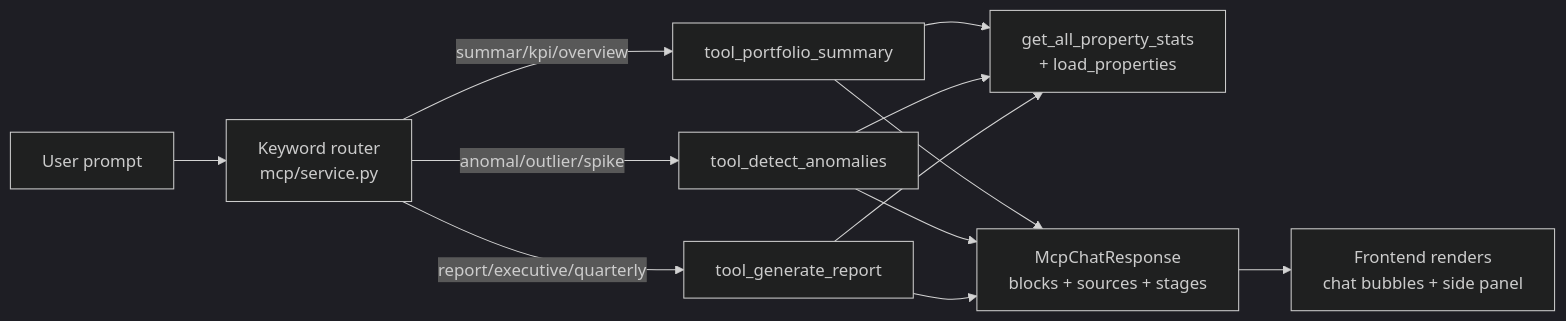
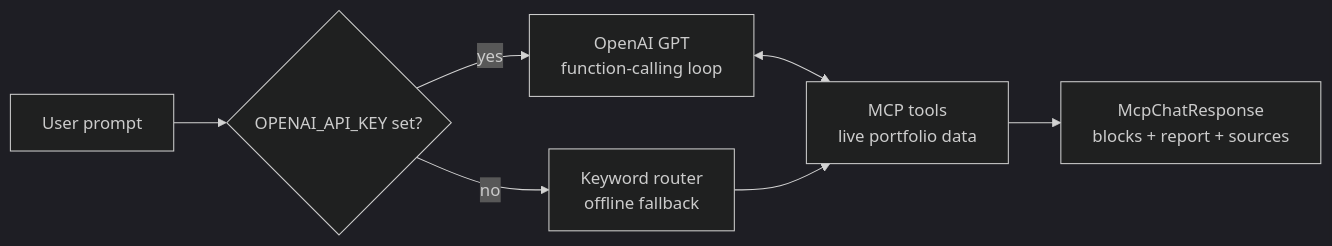
One commit to luisreindlmeier/techem changed the diagram in backend/app/mcp/README.md. Above: the diagram before and after it, drawn with Mermaid (dark theme). The commit also changed other lines of this file and 3 other files, not shown here.

Commit message:
docs: rewrite READMEs for Techem Horizon with MCP OpenAI flow

````diff
--- a/backend/app/mcp/README.md
+++ b/backend/app/mcp/README.md
@@ -15,14 +11,9 @@
 ```mermaid
 flowchart LR
-  U[User prompt] --> R[Keyword router<br/>mcp/service.py]
-  R -- summar/kpi/overview --> T1[tool_portfolio_summary]
-  R -- anomal/outlier/spike --> T2[tool_detect_anomalies]
-  R -- report/executive/quarterly --> T3[tool_generate_report]
-  T1 --> D[get_all_property_stats<br/>+ load_properties]
-  T2 --> D
-  T3 --> D
-  T1 --> OUT[McpChatResponse<br/>blocks + sources + stages]
-  T2 --> OUT
-  T3 --> OUT
-  OUT --> FE[Frontend renders<br/>chat bubbles + side panel]
+  U[User prompt] --> S{OPENAI_API_KEY set?}
+  S -- yes --> L[OpenAI GPT<br/>function-calling loop]
+  S -- no --> K[Keyword router<br/>offline fallback]
+  L <--> T[MCP tools<br/>live portfolio data]
+  K --> T
+  T --> R[McpChatResponse<br/>blocks + report + sources]
 ```
````
